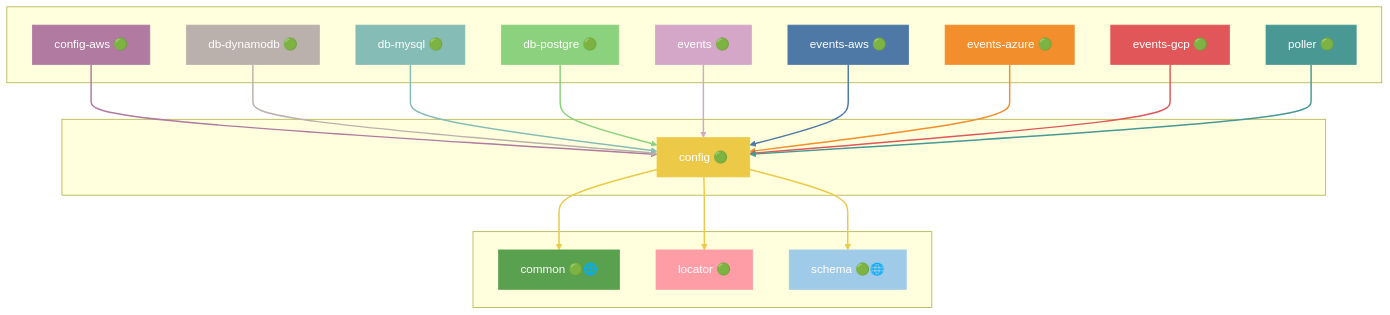
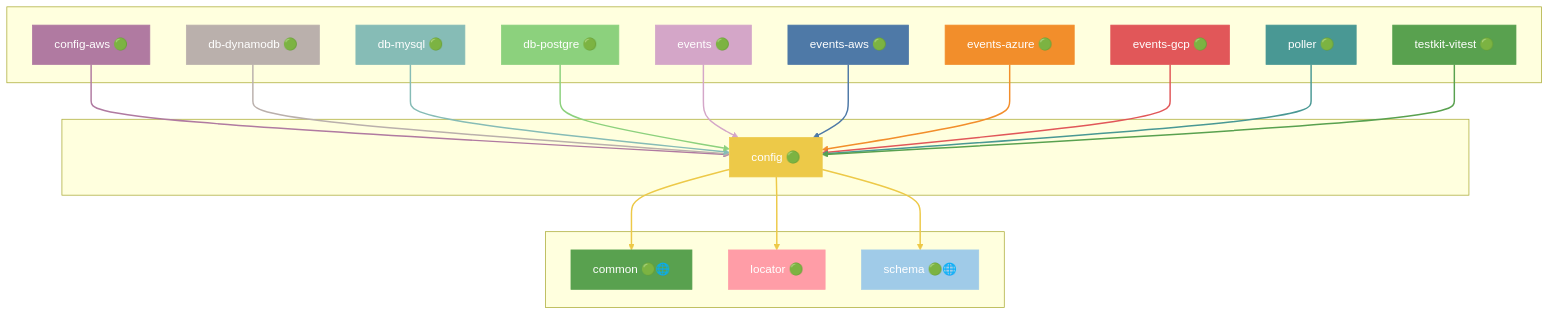
Before and after one commit to grest-ts/grest-ts: the seventh of 45 diagrams in docs/DEPENDENCIES.md, drawn with Mermaid. The commit also changed other lines of this file and 22 other files, not shown here.

````diff
--- a/docs/DEPENDENCIES.md
+++ b/docs/DEPENDENCIES.md
@@ -563,59 +583,63 @@
 ```mermaid
 flowchart TB
     subgraph Dependents[" "]
         config-aws["config-aws 🟢"]
         db-dynamodb["db-dynamodb 🟢"]
         db-mysql["db-mysql 🟢"]
         db-postgre["db-postgre 🟢"]
         events["events 🟢"]
         events-aws["events-aws 🟢"]
         events-azure["events-azure 🟢"]
         events-gcp["events-gcp 🟢"]
         poller["poller 🟢"]
+        testkit-vitest["testkit-vitest 🟢"]
     end
     subgraph Package[" "]
         config["config 🟢"]
     end
     subgraph Dependencies[" "]
         common["common 🟢🌐"]
         locator["locator 🟢"]
         schema["schema 🟢🌐"]
     end
     config-aws --> config
     db-dynamodb --> config
     db-mysql --> config
     db-postgre --> config
     events --> config
     events-aws --> config
     events-azure --> config
     events-gcp --> config
     poller --> config
+    testkit-vitest --> config
     config --> common
     config --> locator
     config --> schema
     style config fill:#EDC948,stroke:#EDC948,color:#fff
     style config-aws fill:#B07AA1,stroke:#B07AA1,color:#fff
     style db-dynamodb fill:#BAB0AC,stroke:#BAB0AC,color:#fff
     style db-mysql fill:#86BCB6,stroke:#86BCB6,color:#fff
     style db-postgre fill:#8CD17D,stroke:#8CD17D,color:#fff
     style events fill:#D4A6C8,stroke:#D4A6C8,color:#fff
     style events-aws fill:#4E79A7,stroke:#4E79A7,color:#fff
     style events-azure fill:#F28E2B,stroke:#F28E2B,color:#fff
     style events-gcp fill:#E15759,stroke:#E15759,color:#fff
     style poller fill:#499894,stroke:#499894,color:#fff
+    style testkit-vitest fill:#59A14F,stroke:#59A14F,color:#fff
     style common fill:#59A14F,stroke:#59A14F,color:#fff
     style locator fill:#FF9DA7,stroke:#FF9DA7,color:#fff
     style schema fill:#A0CBE8,stroke:#A0CBE8,color:#fff
     linkStyle 0 stroke:#B07AA1,stroke-width:2px
     linkStyle 1 stroke:#BAB0AC,stroke-width:2px
     linkStyle 2 stroke:#86BCB6,stroke-width:2px
     linkStyle 3 stroke:#8CD17D,stroke-width:2px
     linkStyle 4 stroke:#D4A6C8,stroke-width:2px
     linkStyle 5 stroke:#4E79A7,stroke-width:2px
     linkStyle 6 stroke:#F28E2B,stroke-width:2px
     linkStyle 7 stroke:#E15759,stroke-width:2px
     linkStyle 8 stroke:#499894,stroke-width:2px
-    linkStyle 9 stroke:#EDC948,stroke-width:2px
+    linkStyle 9 stroke:#59A14F,stroke-width:2px
     linkStyle 10 stroke:#EDC948,stroke-width:2px
     linkStyle 11 stroke:#EDC948,stroke-width:2px
+    linkStyle 12 stroke:#EDC948,stroke-width:2px
 ```
````
